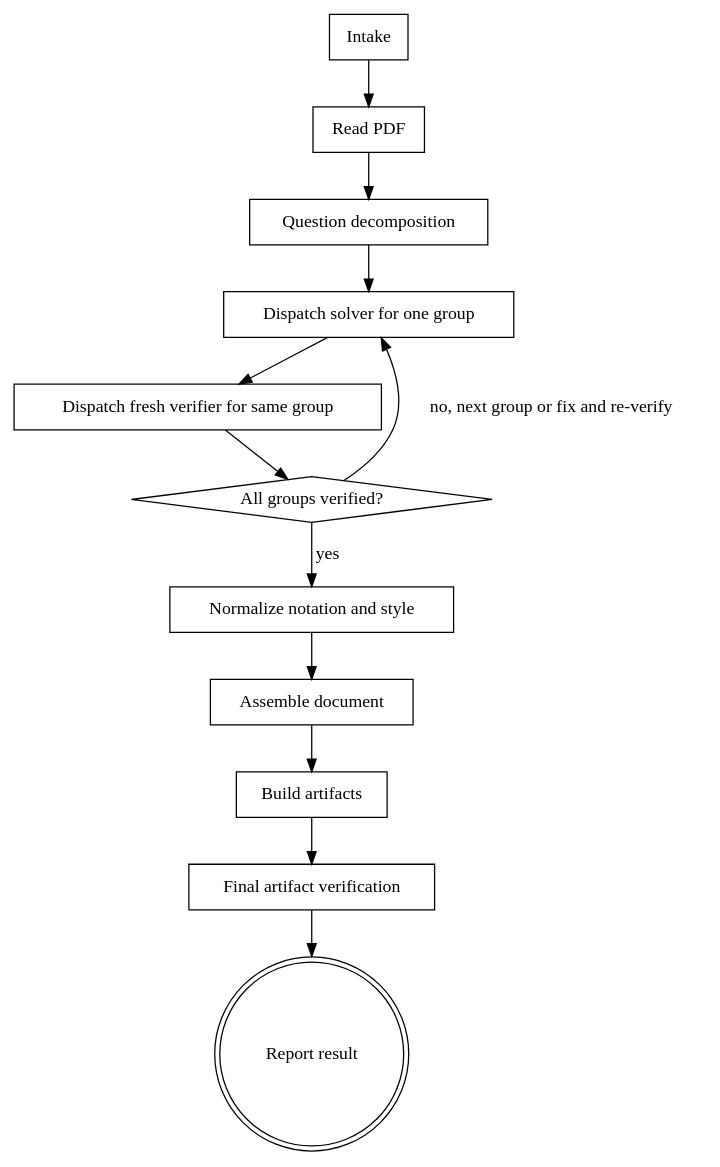
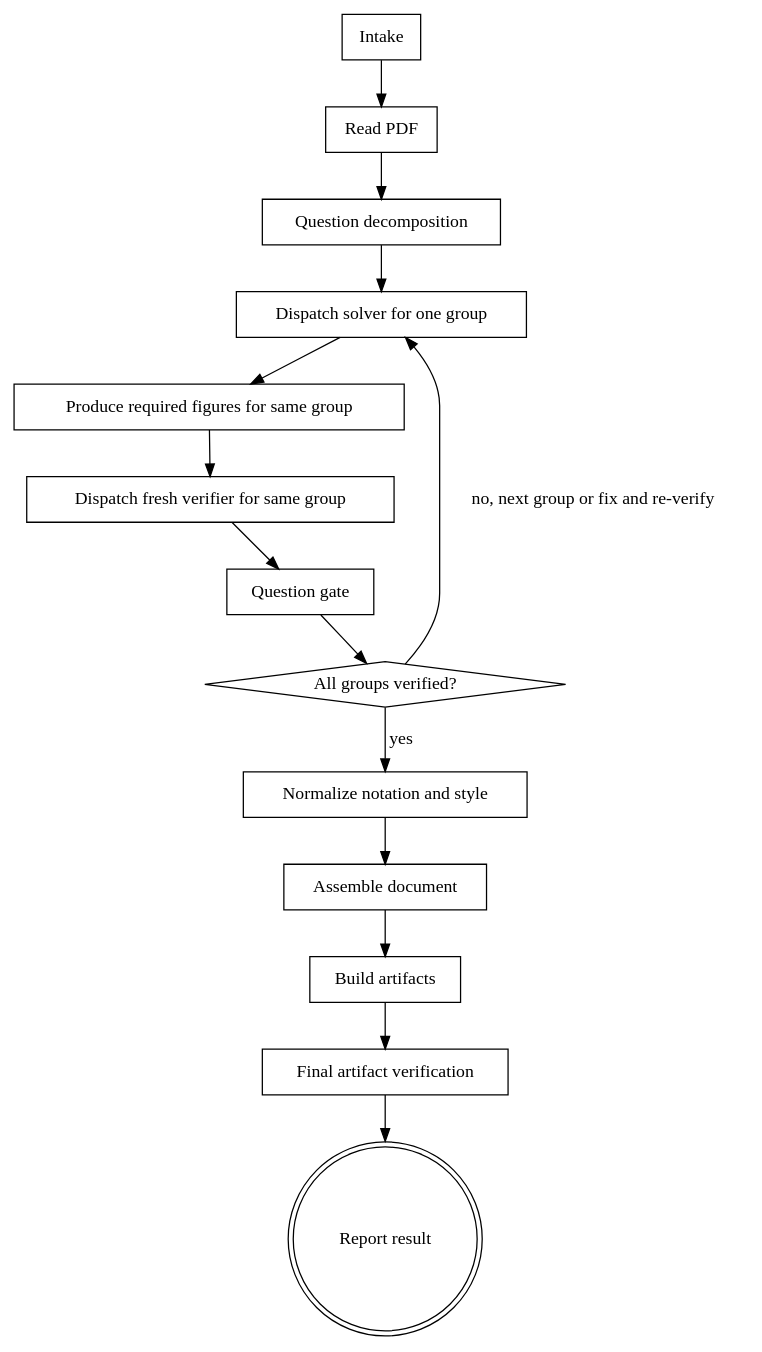
The diagram in SKILL.md (Li-Baichuan-James/homework-skill), drawn with Graphviz before and after one commit. The commit also changed other lines of this file, not shown here.

Commit message:
Strengthen homework-solver workflow gates

````diff
--- a/SKILL.md
+++ b/SKILL.md
@@ -77,27 +80,31 @@
 ```dot
 digraph homework_solver_flow {
     "Intake" [shape=box];
     "Read PDF" [shape=box];
     "Question decomposition" [shape=box];
     "Dispatch solver for one group" [shape=box];
+    "Produce required figures for same group" [shape=box];
     "Dispatch fresh verifier for same group" [shape=box];
+    "Question gate" [shape=box];
     "All groups verified?" [shape=diamond];
     "Normalize notation and style" [shape=box];
     "Assemble document" [shape=box];
     "Build artifacts" [shape=box];
     "Final artifact verification" [shape=box];
     "Report result" [shape=doublecircle];
 
     "Intake" -> "Read PDF";
     "Read PDF" -> "Question decomposition";
     "Question decomposition" -> "Dispatch solver for one group";
-    "Dispatch solver for one group" -> "Dispatch fresh verifier for same group";
-    "Dispatch fresh verifier for same group" -> "All groups verified?";
+    "Dispatch solver for one group" -> "Produce required figures for same group";
+    "Produce required figures for same group" -> "Dispatch fresh verifier for same group";
+    "Dispatch fresh verifier for same group" -> "Question gate";
+    "Question gate" -> "All groups verified?";
     "All groups verified?" -> "Dispatch solver for one group" [label="no, next group or fix and re-verify"];
     "All groups verified?" -> "Normalize notation and style" [label="yes"];
     "Normalize notation and style" -> "Assemble document";
     "Assemble document" -> "Build artifacts";
     "Build artifacts" -> "Final artifact verification";
     "Final artifact verification" -> "Report result";
 }
 ```
````
